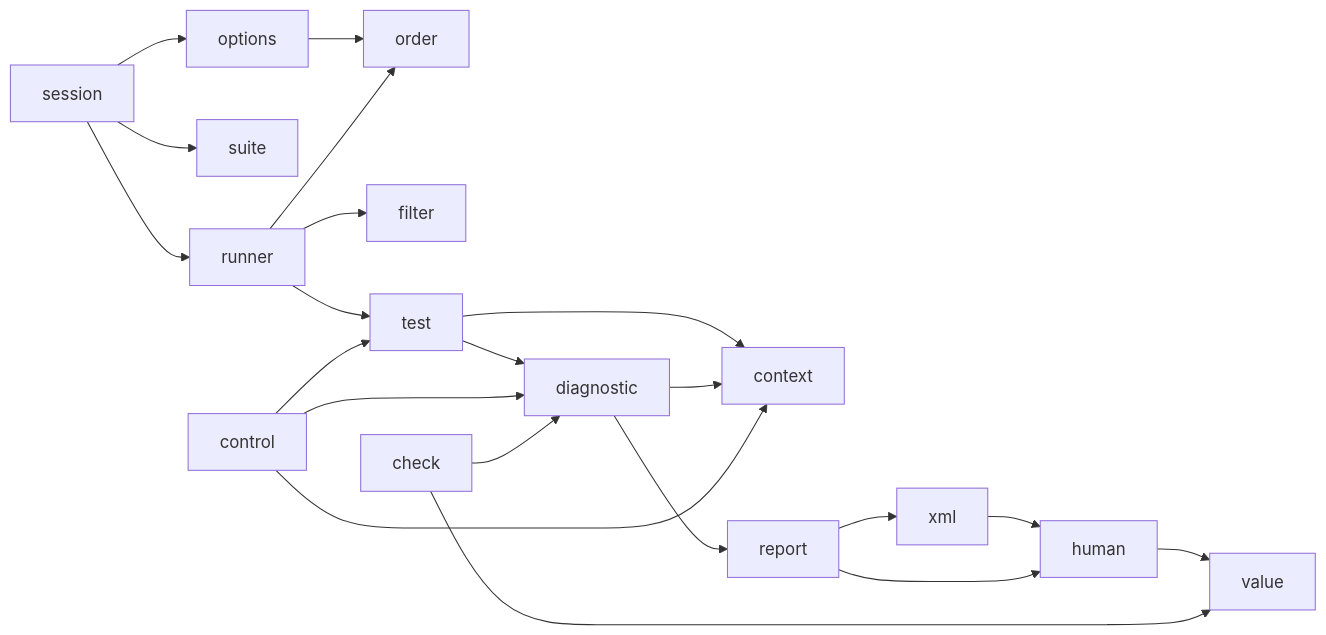
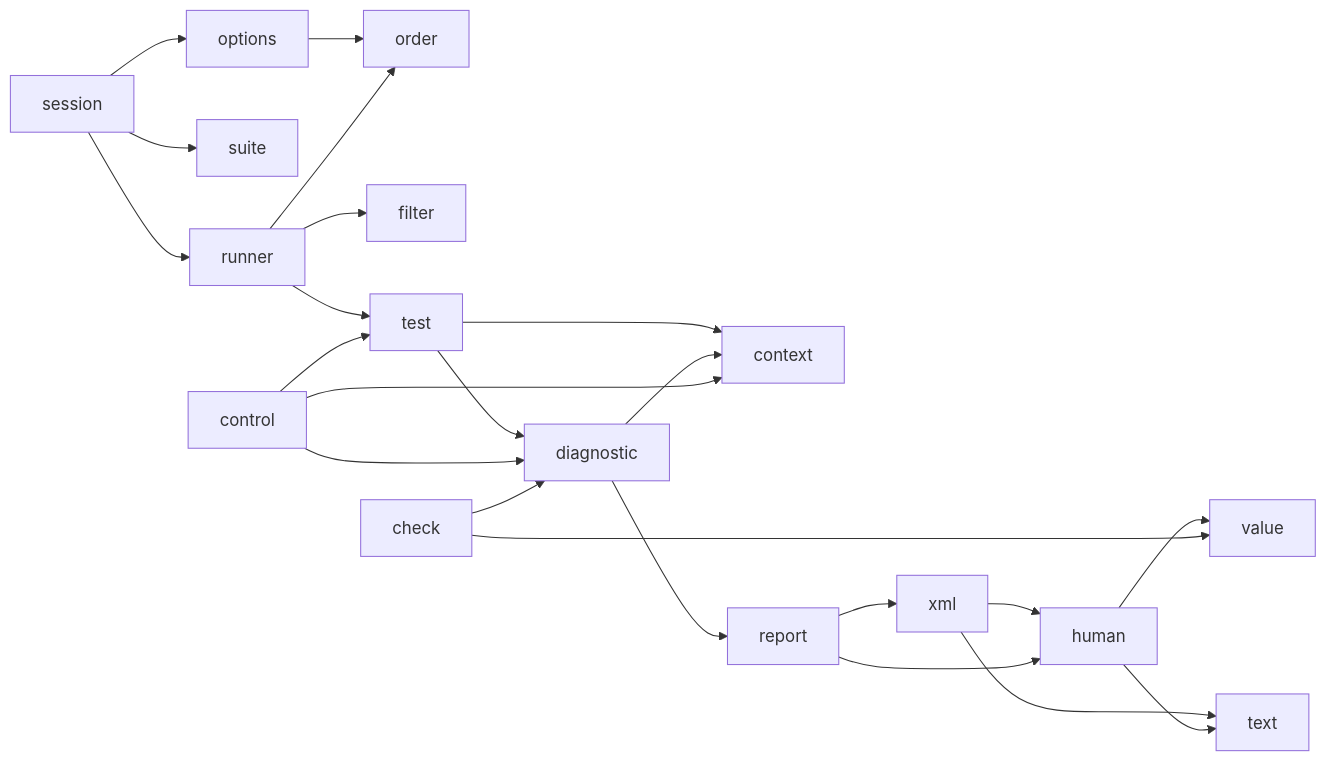
One commit to vabelorg/naos changed the diagram in docs/ja/development/architecture.md. Above: the diagram before and after it, drawn with Mermaid. The commit also changed other lines of this file and 4 other files, not shown here.

````diff
--- a/docs/ja/development/architecture.md
+++ b/docs/ja/development/architecture.md
@@ -54,14 +55,15 @@
 ```mermaid
 flowchart LR
   session --> options --> order
   session --> suite
   session --> runner
   runner --> filter & order
   runner --> test --> diagnostic
   test --> context
   diagnostic --> context
   diagnostic --> report --> xml --> human --> value
+  xml & human --> text
   report --> human
   control --> test & diagnostic & context
   check --> diagnostic & value
 ```
````
